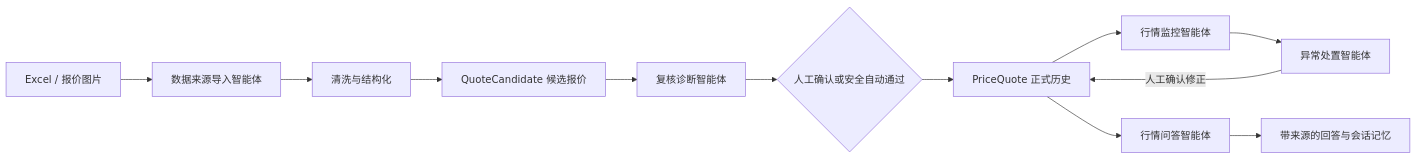
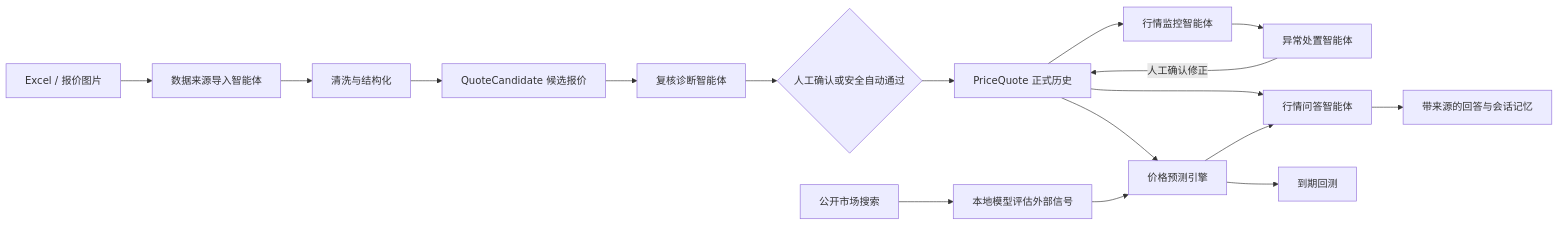
The diagram in README.md (hx-source/3C-Digital-Recycling-Price-Info-Helper), drawn with Mermaid before and after one commit. The commit also changed other lines of this file and 29 other files, not shown here.

````diff
--- a/README.md
+++ b/README.md
@@ -93,14 +120,19 @@
 ```mermaid
 flowchart LR
     A[Excel / 报价图片] --> B[数据来源导入智能体]
     B --> C[清洗与结构化]
     C --> D[QuoteCandidate 候选报价]
     D --> E[复核诊断智能体]
     E --> F{人工确认或安全自动通过}
     F --> G[PriceQuote 正式历史]
     G --> H[行情监控智能体]
     H --> I[异常处置智能体]
     I -->|人工确认修正| G
     G --> J[行情问答智能体]
     J --> K[带来源的回答与会话记忆]
+    G --> L[价格预测引擎]
+    M[公开市场搜索] --> N[本地模型评估外部信号]
+    N --> L
+    L --> J
+    L --> O[到期回测]
 ```
````
